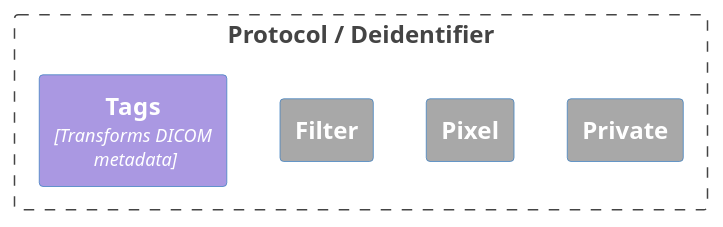
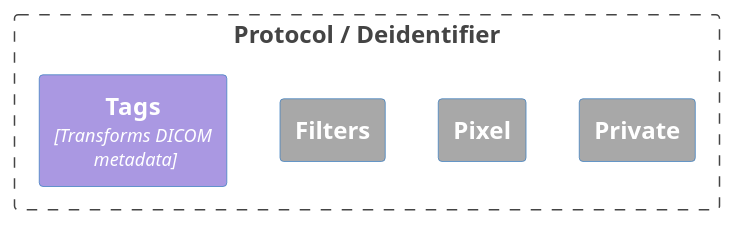
The diagram in docs/source/diagrams/components_tags.puml (ResearchBureau/midom), drawn with PlantUML before and after one commit. The commit also changed 20 other files, not shown here.

```diff
--- a/docs/source/diagrams/components_tags.puml
+++ b/docs/source/diagrams/components_tags.puml
@@ -1,20 +1,20 @@
 @startuml
 !includeurl  https://raw.githubusercontent.com/plantuml-stdlib/C4-PlantUML/master/C4_Context.puml
 !includeurl  https://raw.githubusercontent.com/plantuml-stdlib/C4-PlantUML/master/C4_Container.puml
 
 '# remove <<system>> above each block
 HIDE_STEREOTYPE()
 
 
 Boundary(protocol, "Protocol / Deidentifier") {
     Container(tags, "Tags", "Transforms DICOM\n metadata") #AA98E2
-    Container(filter, "Filter") #A8A8A8
+    Container(filters, "Filters") #A8A8A8
     Container(pixel, "Pixel") #A8A8A8
     Container(private, "Private") #A8A8A8
 }
 
-tags -[hidden]r- filter
-filter -[hidden]r- pixel
+tags -[hidden]r- filters
+filters -[hidden]r- pixel
 pixel -[hidden]r- private
 
 @enduml
```
